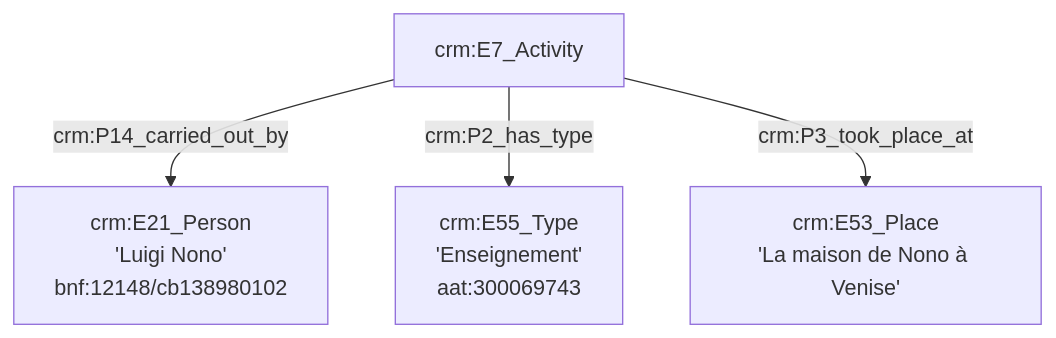
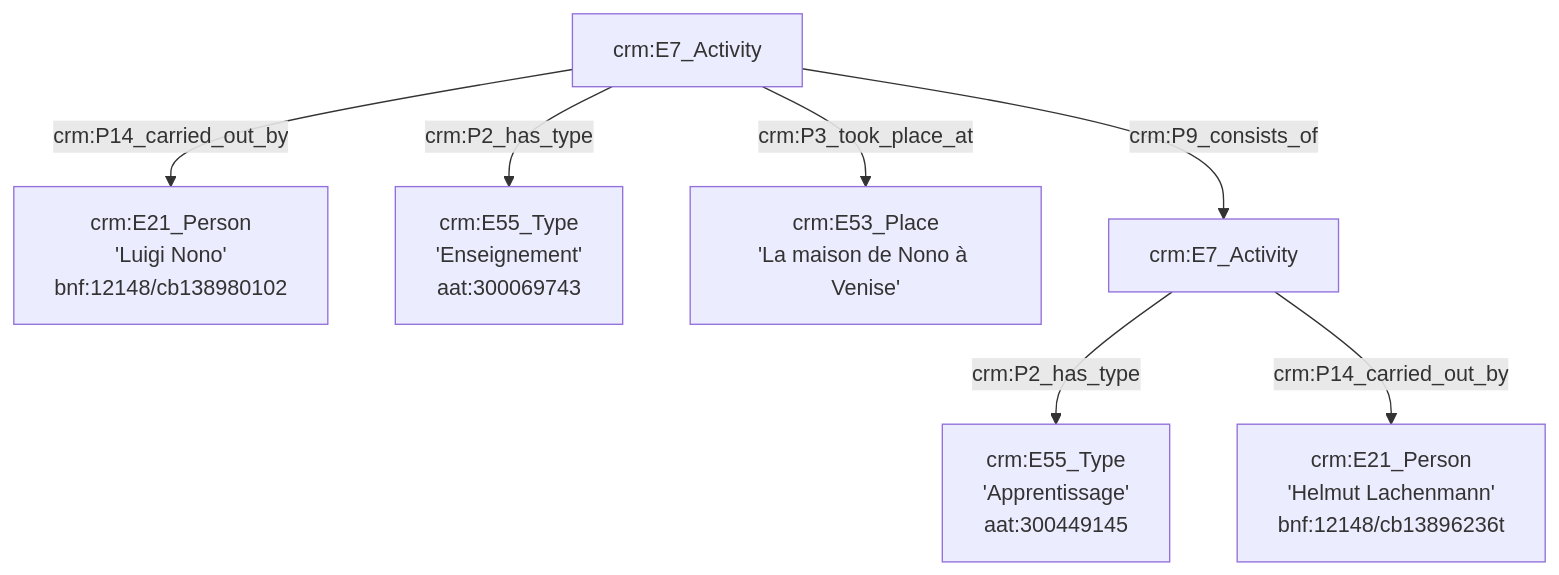
The fifth of 5 diagrams in Exemple1.md (GusBraud/OntoMatchGameGus), drawn with Mermaid before and after one commit.

````diff
--- a/Exemple1.md
+++ b/Exemple1.md
@@ -77,12 +77,13 @@
 ```mermaid
 graph TD;
 
 
 A[crm:E7_Activity] --> |crm:P14_carried_out_by| B[crm:E21_Person<br>'Luigi Nono'<br>bnf:12148/cb138980102]
 A[crm:E7_Activity] --> |crm:P2_has_type| C[crm:E55_Type<br>'Enseignement'<br>aat:300069743]
 A[crm:E7_Activity] --> |crm:P3_took_place_at| D[crm:E53_Place<br>'La maison de Nono à Venise']
-
-
+A[crm:E7_Activity] --> |crm:P9_consists_of| E[crm:E7_Activity]
+E[crm:E7_Activity] --> |crm:P2_has_type| F[crm:E55_Type<br>'Apprentissage'<br>aat:300449145]
+E[crm:E7_Activity] --> |crm:P14_carried_out_by| G[crm:E21_Person<br>'Helmut Lachenmann'<br>bnf:12148/cb13896236t]
 
 
 ```
````
